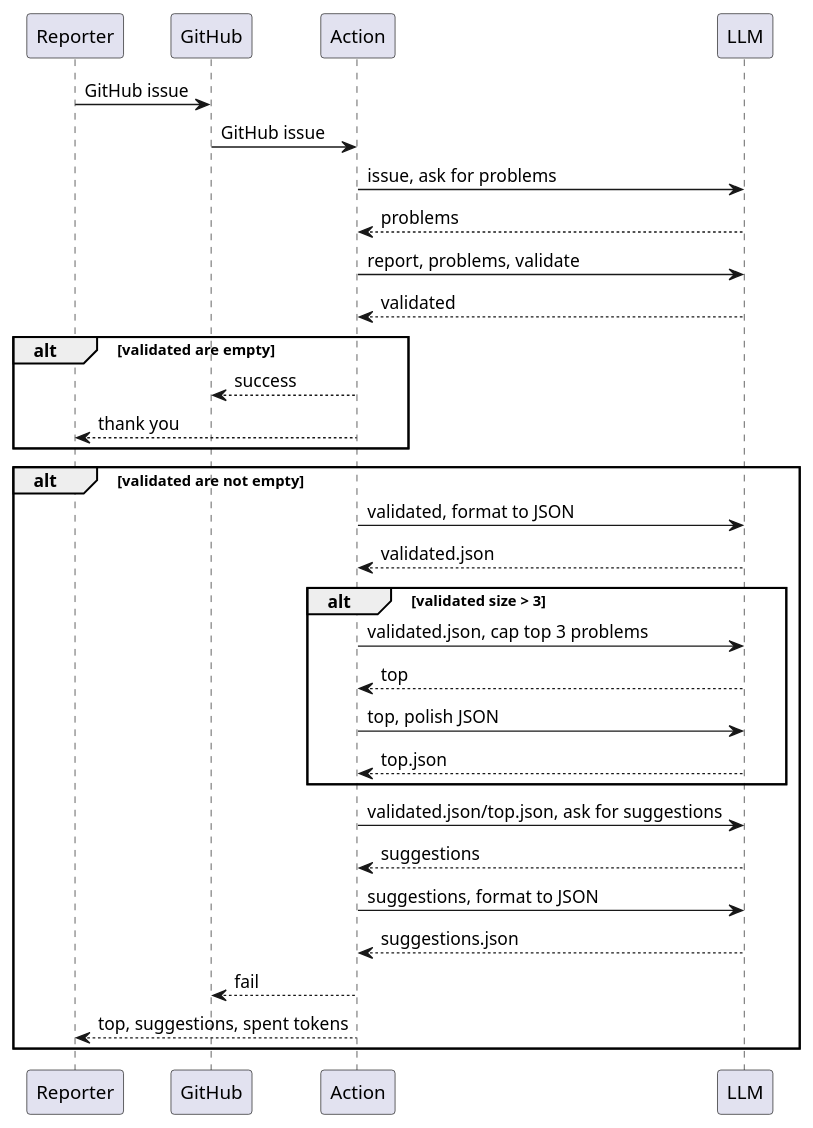
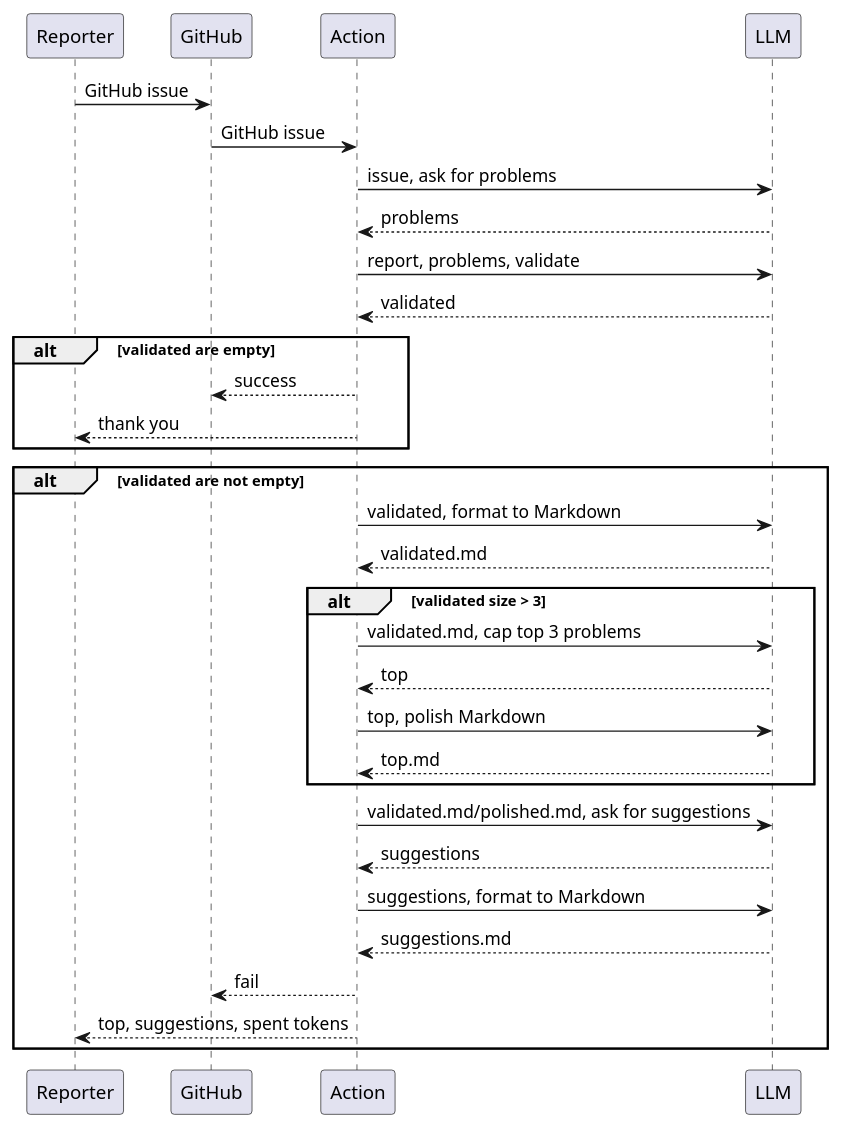
Before and after one commit to tracehubpm/reports-check-action: the diagram in doc/method.puml, drawn with PlantUML. The commit also changed 3 other files, not shown here.

```diff
--- a/doc/method.puml
+++ b/doc/method.puml
@@ -1,33 +1,33 @@
 @startuml
 participant Reporter as reporter
 participant GitHub as github
 participant Action as action
 participant LLM as llm
 
 reporter -> github: GitHub issue
 github -> action: GitHub issue
 action -> llm: issue, ask for problems
 llm --> action: problems
 action -> llm: report, problems, validate
 llm --> action: validated
 alt validated are empty
   action --> github: success
   action --> reporter: thank you
 end
 alt validated are not empty
-  action -> llm: validated, format to JSON
-  llm --> action: validated.json
+  action -> llm: validated, format to Markdown
+  llm --> action: validated.md
   alt validated size > 3
-    action -> llm: validated.json, cap top 3 problems
+    action -> llm: validated.md, cap top 3 problems
     llm --> action: top
-    action -> llm: top, polish JSON
-    llm --> action: top.json
+    action -> llm: top, polish Markdown
+    llm --> action: top.md
   end
-  action -> llm: validated.json/top.json, ask for suggestions
+  action -> llm: validated.md/polished.md, ask for suggestions
   llm --> action: suggestions
-  action -> llm: suggestions, format to JSON
-  llm --> action: suggestions.json
+  action -> llm: suggestions, format to Markdown
+  llm --> action: suggestions.md
   action --> github: fail
   action --> reporter: top, suggestions, spent tokens
 end
 @enduml
```
